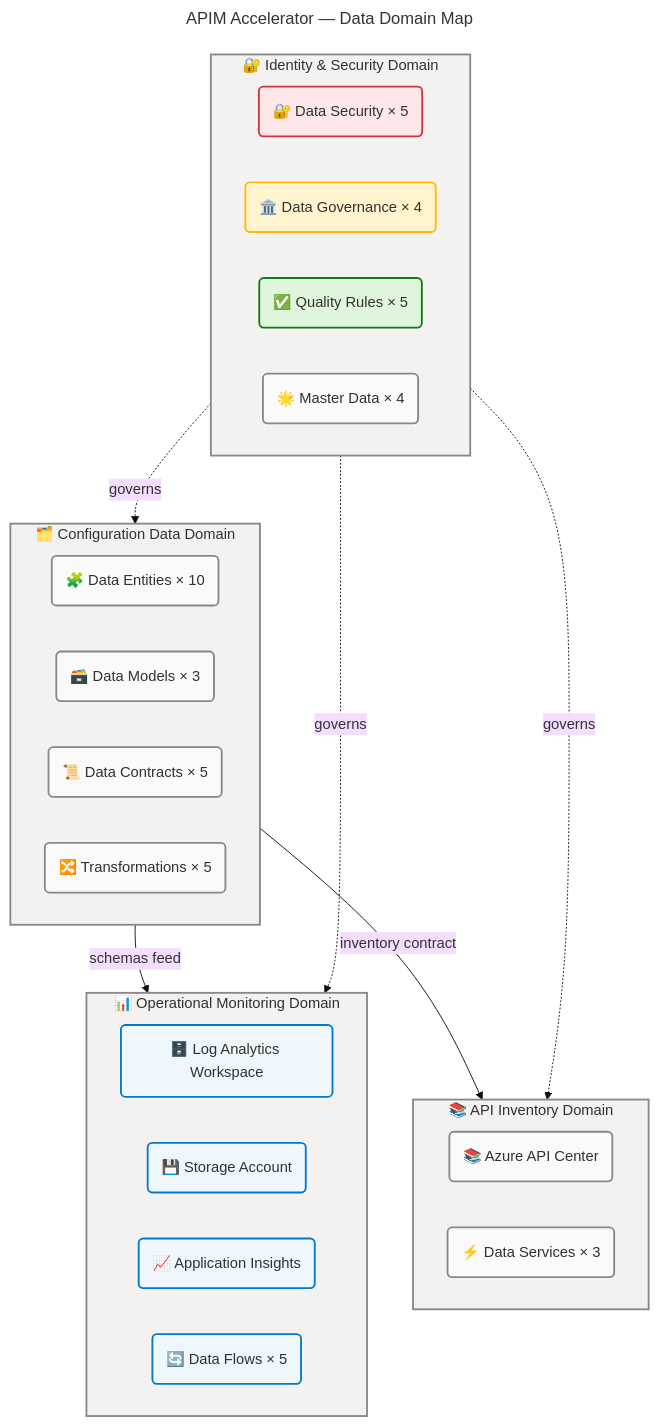
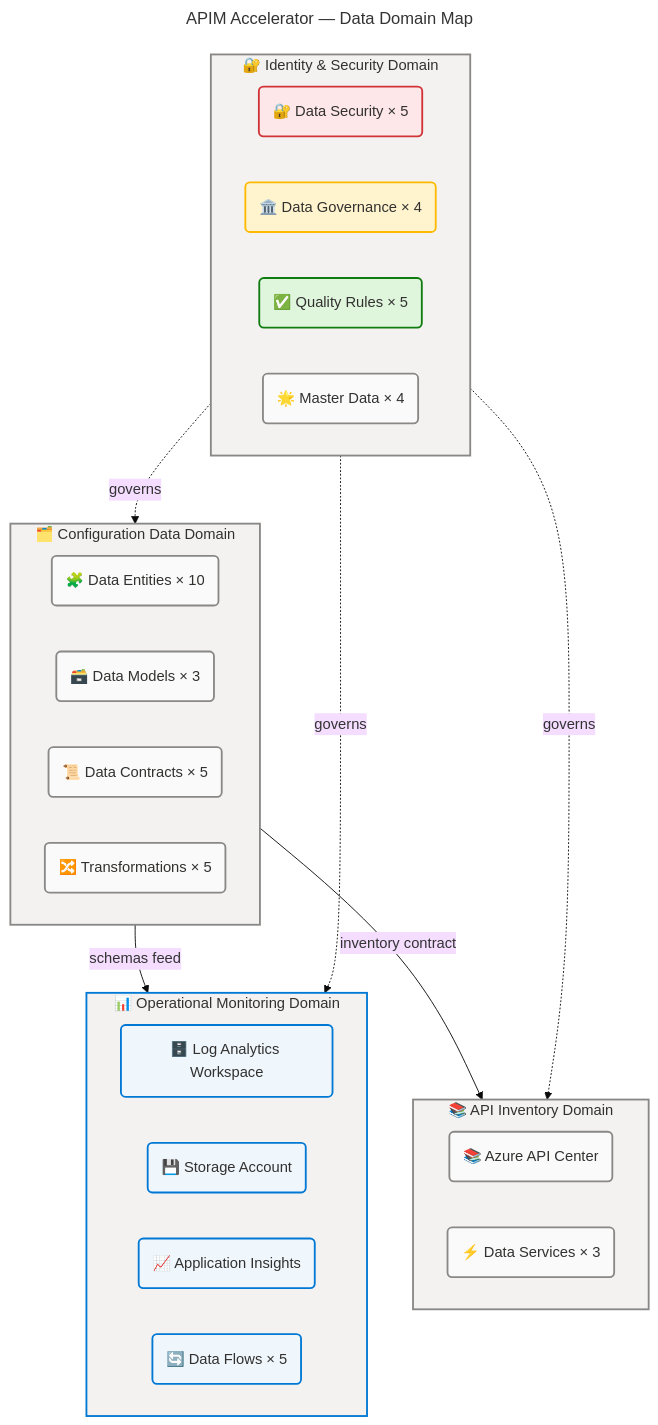
Before and after one commit to Evilazaro/APIM-Accelerator: the first of 4 diagrams in docs/architecture/data-architecture.md, drawn with Mermaid. The commit also changed other lines of this file and 3 other files, not shown here.

Commit message:
style: update flowchart colors for consistency and improved clarity across architecture documentation

````diff
--- a/docs/architecture/data-architecture.md
+++ b/docs/architecture/data-architecture.md
@@ -256,70 +256,70 @@
 ```mermaid
 ---
 title: "APIM Accelerator — Data Domain Map"
 config:
   theme: base
   look: classic
   layout: dagre
   themeVariables:
     fontSize: '16px'
   flowchart:
     htmlLabels: true
 ---
 flowchart TB
     accTitle: APIM Accelerator Data Domain Map
     accDescr: High-level taxonomy of the four data domains showing component types within each domain and cross-domain governance relationships
 
     %% ═══════════════════════════════════════════════════════════════════════════
     %% AZURE / FLUENT ARCHITECTURE PATTERN v1.1
     %% (Semantic + Structural + Font + Accessibility Governance)
     %% ═══════════════════════════════════════════════════════════════════════════
     %% PHASE 1 - FLUENT UI: All styling uses approved Fluent UI palette only
     %% PHASE 2 - GROUPS: Every subgraph has semantic color via style directive
     %% PHASE 3 - COMPONENTS: Every node has semantic classDef + icon prefix
     %% PHASE 4 - ACCESSIBILITY: accTitle/accDescr present, WCAG AA contrast
     %% PHASE 5 - STANDARD: Governance block present, classDefs centralized
     %% ═══════════════════════════════════════════════════════════════════════════
 
     subgraph cfgdomain["🗂️ Configuration Data Domain"]
         CFG1("🧩 Data Entities × 10"):::neutral
         CFG2("🗃️ Data Models × 3"):::neutral
         CFG3("📜 Data Contracts × 5"):::neutral
         CFG4("🔀 Transformations × 5"):::neutral
     end
 
     subgraph opsdomain["📊 Operational Monitoring Domain"]
         OPS1("🗄️ Log Analytics Workspace"):::core
         OPS2("💾 Storage Account"):::core
         OPS3("📈 Application Insights"):::core
         OPS4("🔄 Data Flows × 5"):::core
     end
 
     subgraph invdomain["📚 API Inventory Domain"]
         INV1("📚 Azure API Center"):::neutral
         INV2("⚡ Data Services × 3"):::neutral
     end
 
     subgraph secdomain["🔐 Identity & Security Domain"]
         SEC1("🔐 Data Security × 5"):::danger
         SEC2("🏛️ Data Governance × 4"):::warning
         SEC3("✅ Quality Rules × 5"):::success
         SEC4("🌟 Master Data × 4"):::neutral
     end
 
     cfgdomain -->|"schemas feed"| opsdomain
     cfgdomain -->|"inventory contract"| invdomain
     secdomain -.->|"governs"| cfgdomain
     secdomain -.->|"governs"| opsdomain
     secdomain -.->|"governs"| invdomain
 
     classDef core fill:#EFF6FC,stroke:#0078D4,stroke-width:2px,color:#323130
     classDef neutral fill:#FAFAFA,stroke:#8A8886,stroke-width:2px,color:#323130
     classDef success fill:#DFF6DD,stroke:#107C10,stroke-width:2px,color:#323130
     classDef warning fill:#FFF4CE,stroke:#FFB900,stroke-width:2px,color:#323130
     classDef danger fill:#FDE7E9,stroke:#D13438,stroke-width:2px,color:#323130
 
     style cfgdomain fill:#F3F2F1,stroke:#8A8886,stroke-width:2px,color:#323130
-    style opsdomain fill:#F3F2F1,stroke:#8A8886,stroke-width:2px,color:#323130
+    style opsdomain fill:#F3F2F1,stroke:#0078D4,stroke-width:2px,color:#323130
     style invdomain fill:#F3F2F1,stroke:#8A8886,stroke-width:2px,color:#323130
     style secdomain fill:#F3F2F1,stroke:#8A8886,stroke-width:2px,color:#323130
 ```
````
